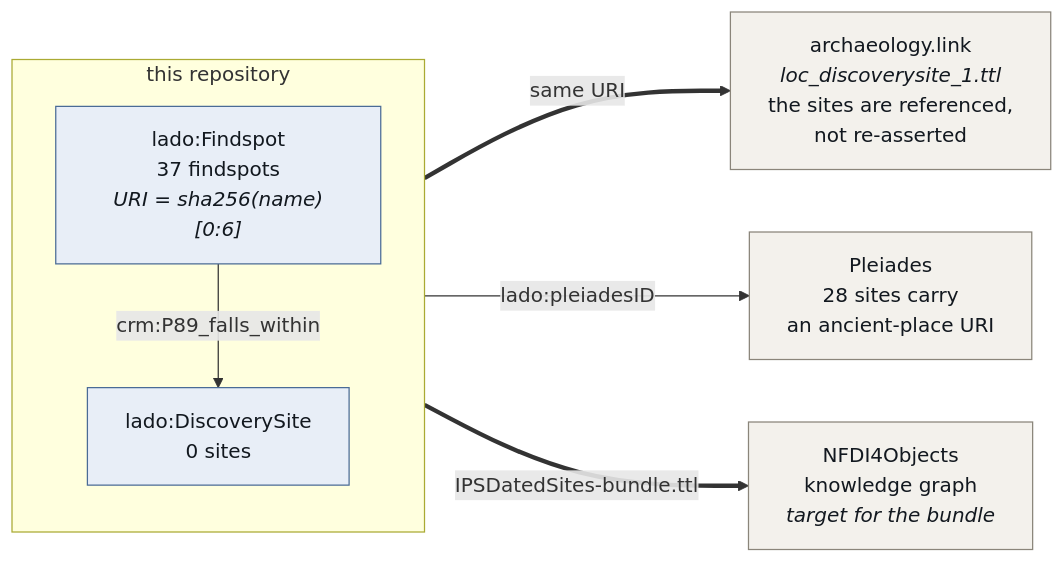
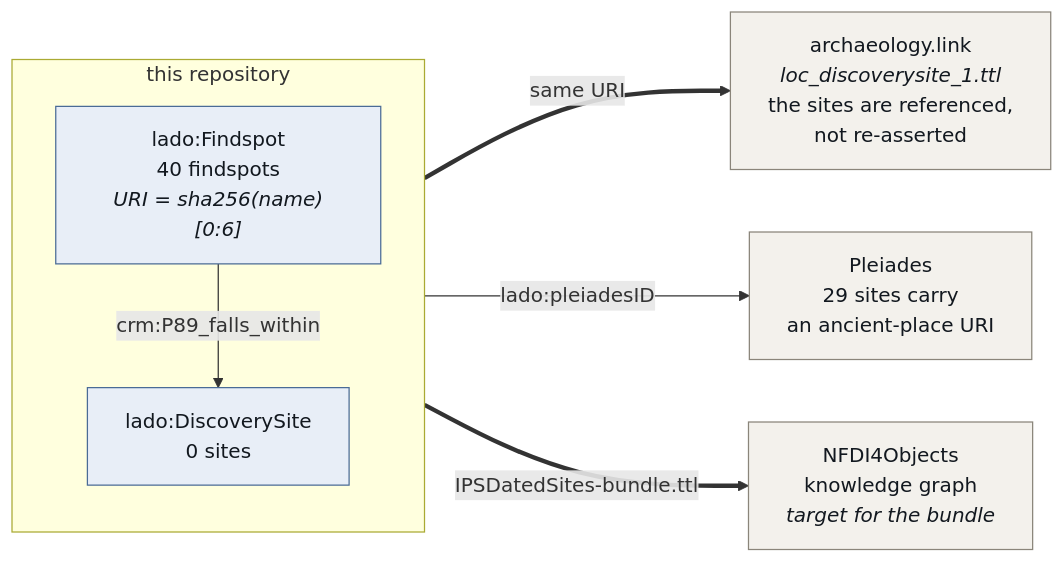
One commit to leiza-rse/IPSDatedSites changed the second of 3 diagrams in docs/crosswalk.md. Above: the diagram before and after it, drawn with Mermaid. The commit also changed 19 other files, not shown here.

````diff
--- a/docs/crosswalk.md
+++ b/docs/crosswalk.md
@@ -130,26 +130,26 @@
 ```mermaid
 flowchart LR
     subgraph ours["this repository"]
         direction TB
-        FS["lado:Findspot<br/>37 findspots<br/><i>URI = sha256(name)[0:6]</i>"]
+        FS["lado:Findspot<br/>40 findspots<br/><i>URI = sha256(name)[0:6]</i>"]
         DSITE["lado:DiscoverySite<br/>0 sites"]
         FS -->|crm:P89_falls_within| DSITE
     end
 
     AL["archaeology.link<br/><i>loc_discoverysite_1.ttl</i><br/>the sites are referenced,<br/>not re-asserted"]
-    PL["Pleiades<br/>28 sites carry<br/>an ancient-place URI"]
+    PL["Pleiades<br/>29 sites carry<br/>an ancient-place URI"]
     N4O["NFDI4Objects<br/>knowledge graph<br/><i>target for the bundle</i>"]
 
     DSITE ==>|same URI| AL
     DSITE -->|lado:pleiadesID| PL
     ours ==>|IPSDatedSites-bundle.ttl| N4O
 
     class FS,DSITE local
     class AL,PL,N4O ext
 
     classDef local fill:#e8eef7,stroke:#4a6b96,stroke-width:1px,color:#12181f
     classDef crm fill:#efe7f5,stroke:#7a5a96,stroke-width:1px,color:#12181f
     classDef time fill:#e3f2ec,stroke:#3f8a70,stroke-width:1px,color:#12181f
     classDef ext fill:#f3f1ec,stroke:#8a857a,stroke-width:1px,color:#12181f
     classDef io fill:#faf3e3,stroke:#a8872e,stroke-width:1px,color:#12181f
 ```
````
